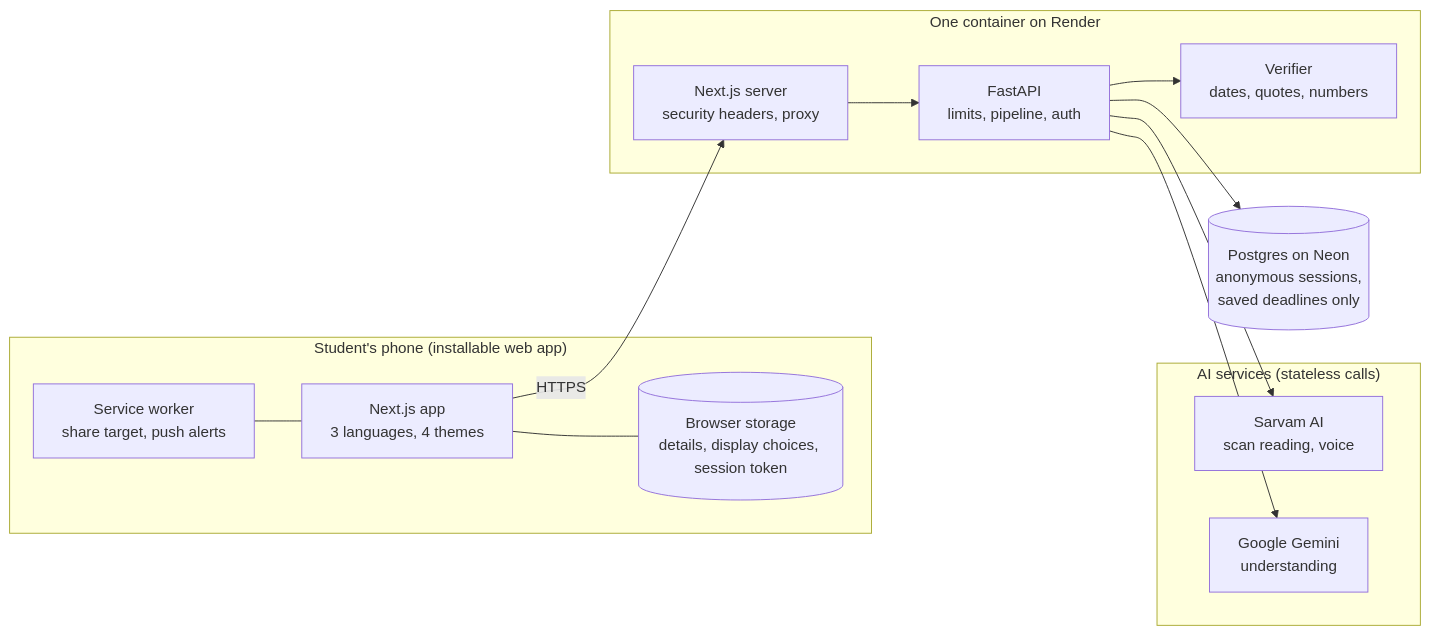
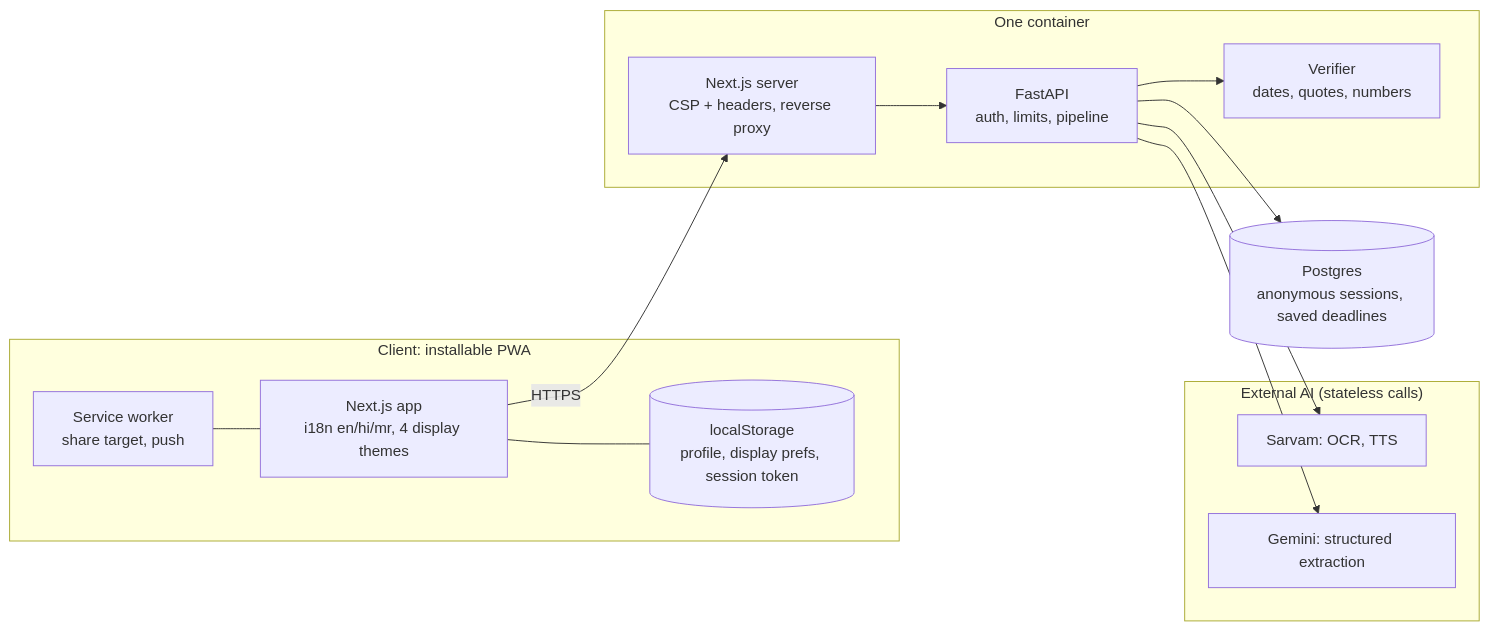
One commit to siddhi-works/temp changed the first of 4 diagrams in README.md. Above: the diagram before and after it, drawn with Mermaid. The commit also changed other lines of this file and 34 other files, not shown here.

Commit message:
Rename to Samyukta, apply saved display choices on every screen, cold-start message, technical README

````diff
--- a/README.md
+++ b/README.md
@@ -47,25 +11,25 @@
 ```mermaid
 flowchart LR
-  subgraph Phone["Student's phone (installable web app)"]
-    UI["Next.js app<br/>3 languages, 4 themes"]
-    SW["Service worker<br/>share target, push alerts"]
-    LS[("Browser storage<br/>details, display choices, session token")]
+  subgraph Phone["Client: installable PWA"]
+    UI["Next.js app<br/>i18n en/hi/mr, 4 display themes"]
+    SW["Service worker<br/>share target, push"]
+    LS[("localStorage<br/>profile, display prefs, session token")]
   end
-  subgraph Host["One container on Render"]
-    NX["Next.js server<br/>security headers, proxy"]
-    API["FastAPI<br/>limits, pipeline, auth"]
+  subgraph Host["One container"]
+    NX["Next.js server<br/>CSP + headers, reverse proxy"]
+    API["FastAPI<br/>auth, limits, pipeline"]
     VER["Verifier<br/>dates, quotes, numbers"]
   end
-  DB[("Postgres on Neon<br/>anonymous sessions,<br/>saved deadlines only")]
-  subgraph AI["AI services (stateless calls)"]
-    SAR["Sarvam AI<br/>scan reading, voice"]
-    GEM["Google Gemini<br/>understanding"]
+  DB[("Postgres<br/>anonymous sessions, saved deadlines")]
+  subgraph AI["External AI (stateless calls)"]
+    SAR["Sarvam: OCR, TTS"]
+    GEM["Gemini: structured extraction"]
   end
   UI -->|HTTPS| NX --> API
   API --> VER
   API --> SAR
   API --> GEM
   API --> DB
   UI --- LS
   SW --- UI
 ```
````
